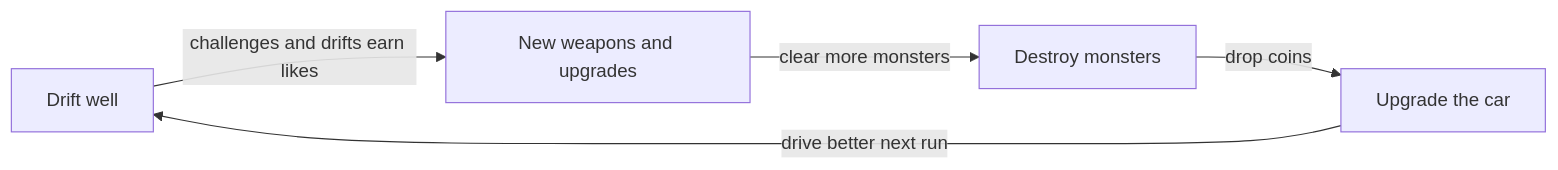
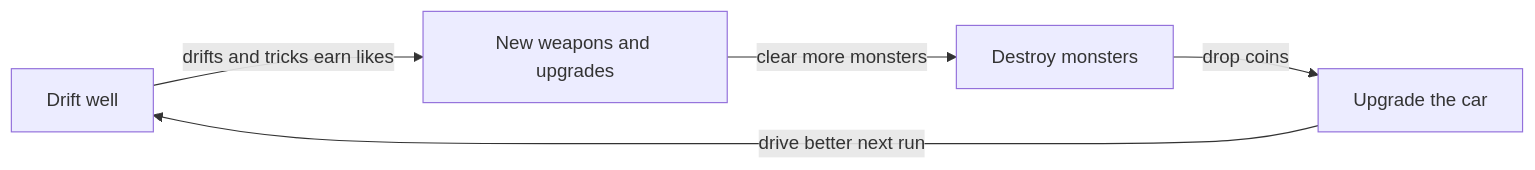
The first of 2 diagrams in docs/short-gdd/short-gdd.md (akyrat/solid-carbide-game), drawn with Mermaid before and after one commit. The commit also changed other lines of this file and 25 other files, not shown here.

````diff
--- a/docs/short-gdd/short-gdd.md
+++ b/docs/short-gdd/short-gdd.md
@@ -25,7 +25,7 @@
 ```mermaid
 flowchart LR
-    drift[Drift well] -->|challenges and drifts earn likes| weapons[New weapons and upgrades]
+    drift[Drift well] -->|drifts and tricks earn likes| weapons[New weapons and upgrades]
     weapons -->|clear more monsters| enemies[Destroy monsters]
     enemies -->|drop coins| car[Upgrade the car]
     car -->|drive better next run| drift
 ```
````
